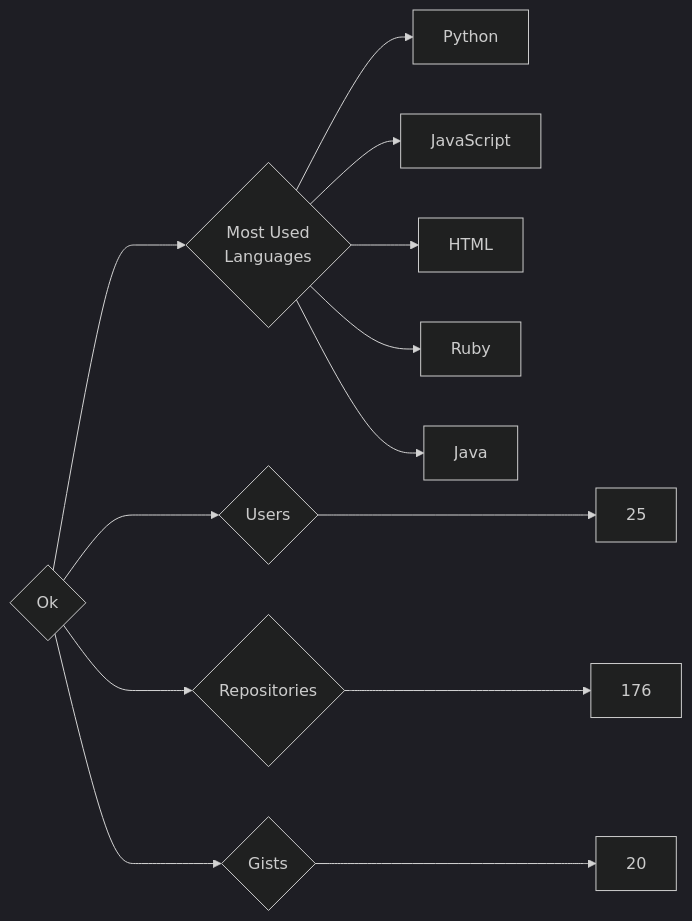
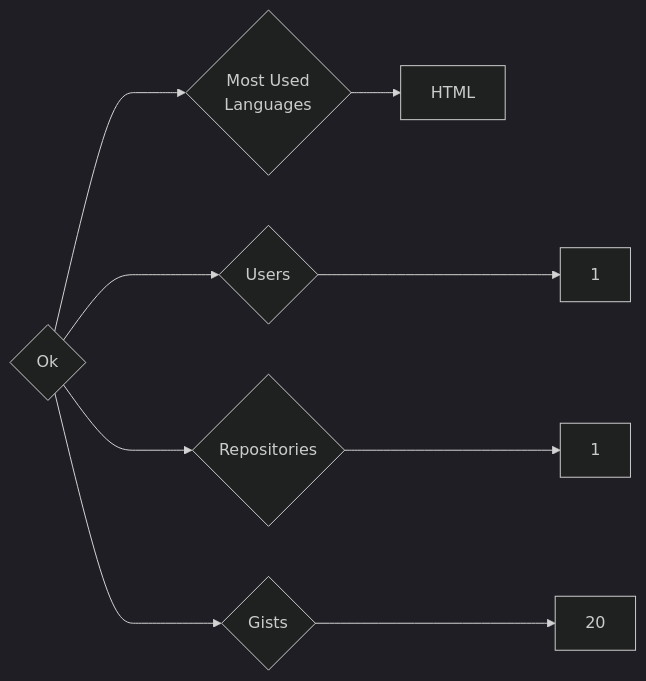
One commit to trickest/insiders changed the diagram in targets/Ok/README.md. Above: the diagram before and after it, drawn with Mermaid (dark theme). The commit also changed 995 other files, not shown here.

````diff
--- a/targets/Ok/README.md
+++ b/targets/Ok/README.md
@@ -3,13 +3,9 @@
 ```mermaid
 graph LR
 COMPANY_NAME{Ok}
-COMPANY_NAME ---> U{Users} ---> UN[25]
-COMPANY_NAME ---> R{Repositories} ---> RN[176]
+COMPANY_NAME ---> U{Users} ---> UN[1]
+COMPANY_NAME ---> R{Repositories} ---> RN[1]
 COMPANY_NAME ---> G{Gists} ---> GN[20]
 COMPANY_NAME ---> ML{Most Used<br>Languages}
-ML --> Python[Python]
-ML --> JavaScript[JavaScript]
 ML --> HTML[HTML]
-ML --> Ruby[Ruby]
-ML --> Java[Java]
 ```
````
